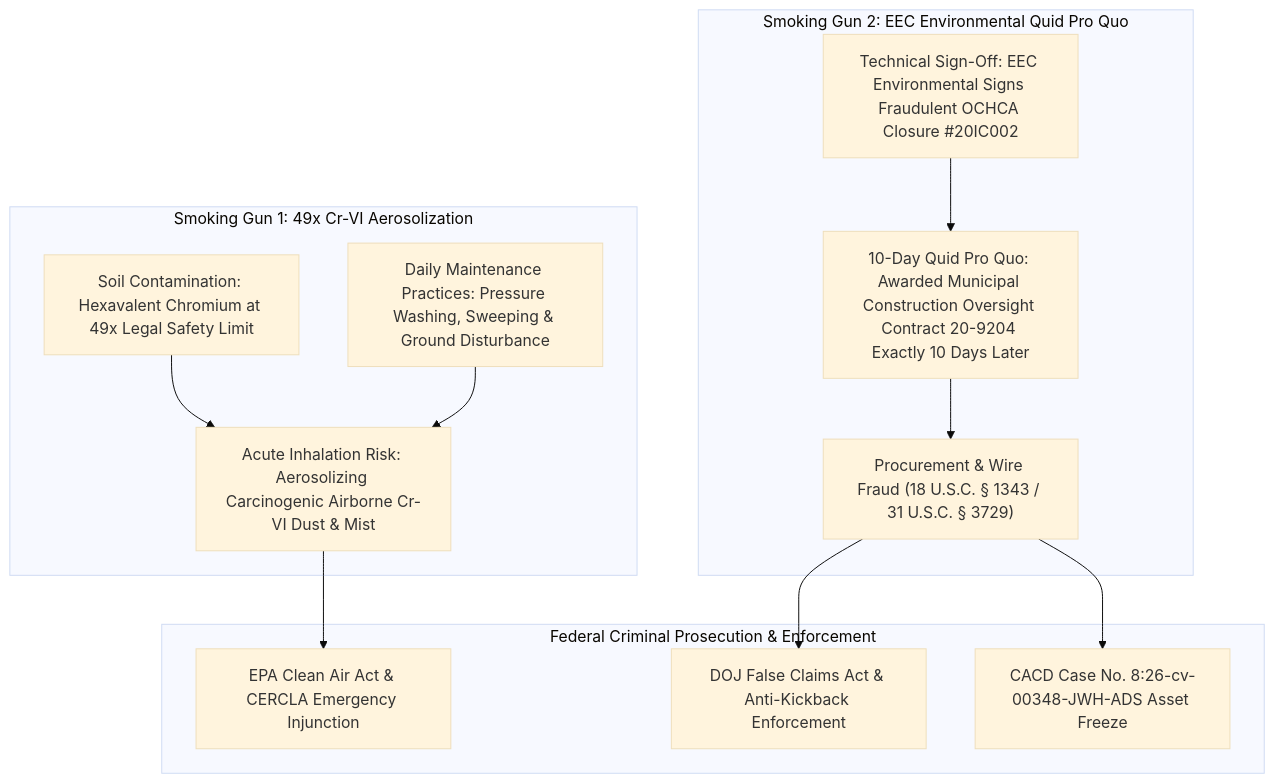
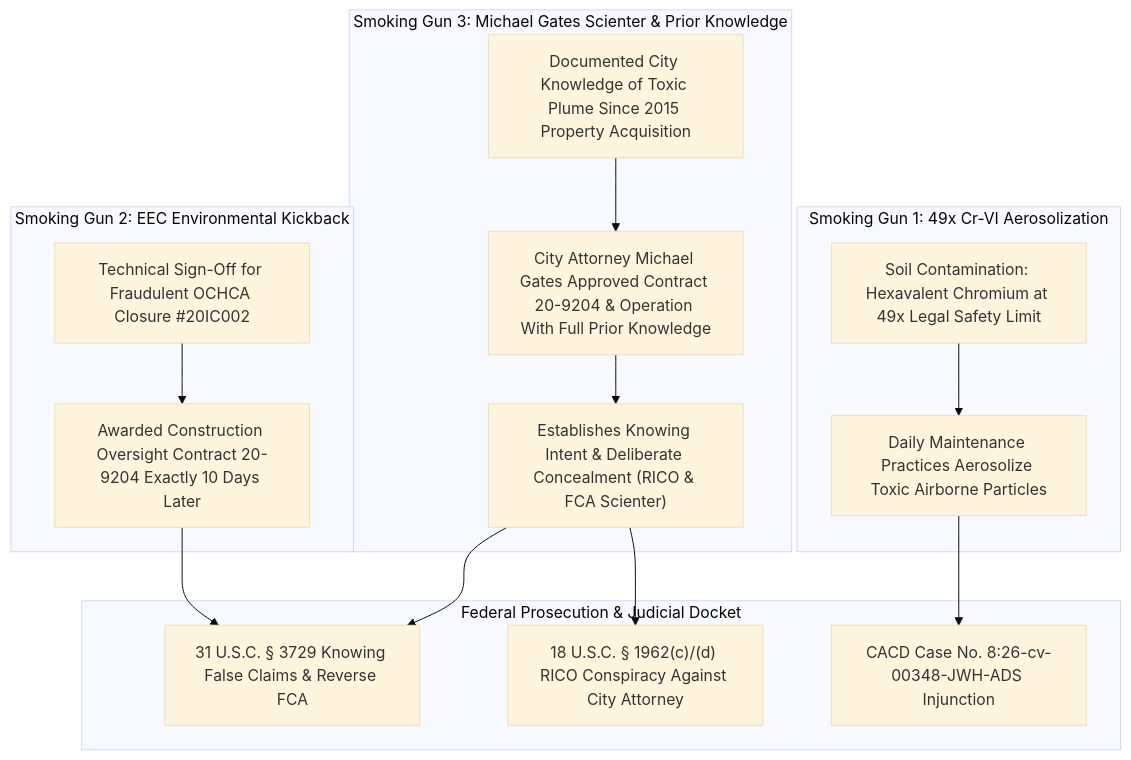
The diagram in FEDERAL_SUBMISSION/EVIDENCE_ADDENDUM_HBNC_EMAIL_2026.md (Tonypost949/OsintNeoAi), drawn with Mermaid (base theme) before and after one commit. The commit also changed other lines of this file, not shown here.

Commit message:
Makaveli Protocol: Add City Attorney Michael Gates Prior Knowledge (2015 Plume Records) & Contract 20-9204 Approval Analysis

````diff
--- a/FEDERAL_SUBMISSION/EVIDENCE_ADDENDUM_HBNC_EMAIL_2026.md
+++ b/FEDERAL_SUBMISSION/EVIDENCE_ADDENDUM_HBNC_EMAIL_2026.md
@@ -12,28 +12,29 @@
 ```mermaid
 graph TD
     subgraph SMOKING_GUN_1["Smoking Gun 1: 49x Cr-VI Aerosolization"]
         S1["Soil Contamination: Hexavalent Chromium at 49x Legal Safety Limit"]
-        S2["Daily Maintenance Practices: Pressure Washing, Sweeping & Ground Disturbance"]
-        S3["Acute Inhalation Risk: Aerosolizing Carcinogenic Airborne Cr-VI Dust & Mist"]
+        S2["Daily Maintenance Practices Aerosolize Toxic Airborne Particles"]
     end
 
-    subgraph SMOKING_GUN_2["Smoking Gun 2: EEC Environmental Quid Pro Quo"]
-        E1["Technical Sign-Off: EEC Environmental Signs Fraudulent OCHCA Closure #20IC002"]
-        E2["10-Day Quid Pro Quo: Awarded Municipal Construction Oversight Contract 20-9204 Exactly 10 Days Later"]
-        E3["Procurement & Wire Fraud (18 U.S.C. § 1343 / 31 U.S.C. § 3729)"]
+    subgraph SMOKING_GUN_2["Smoking Gun 2: EEC Environmental Kickback"]
+        E1["Technical Sign-Off for Fraudulent OCHCA Closure #20IC002"]
+        E2["Awarded Construction Oversight Contract 20-9204 Exactly 10 Days Later"]
     end
 
-    subgraph FEDERAL_PROSECUTION_CONTAINER["Federal Criminal Prosecution & Enforcement"]
-        F1["EPA Clean Air Act & CERCLA Emergency Injunction"]
-        F2["DOJ False Claims Act & Anti-Kickback Enforcement"]
-        F3["CACD Case No. 8:26-cv-00348-JWH-ADS Asset Freeze"]
+    subgraph SMOKING_GUN_3["Smoking Gun 3: Michael Gates Scienter & Prior Knowledge"]
+        M1["Documented City Knowledge of Toxic Plume Since 2015 Property Acquisition"]
+        M2["City Attorney Michael Gates Approved Contract 20-9204 & Operation With Full Prior Knowledge"]
+        M3["Establishes Knowing Intent & Deliberate Concealment (RICO & FCA Scienter)"]
     end
 
-    S1 --> S3
-    S2 --> S3
-    S3 --> F1
-    E1 --> E2
-    E2 --> E3
-    E3 --> F2
-    E3 --> F3
+    subgraph PROSECUTION_DESTINATION["Federal Prosecution & Judicial Docket"]
+        F1["31 U.S.C. § 3729 Knowing False Claims & Reverse FCA"]
+        F2["18 U.S.C. § 1962(c)/(d) RICO Conspiracy Against City Attorney"]
+        F3["CACD Case No. 8:26-cv-00348-JWH-ADS Injunction"]
+    end
+
+    S1 --> S2 --> F3
+    E1 --> E2 --> F1
+    M1 --> M2 --> M3 --> F2
+    M3 --> F1
 ```
````
